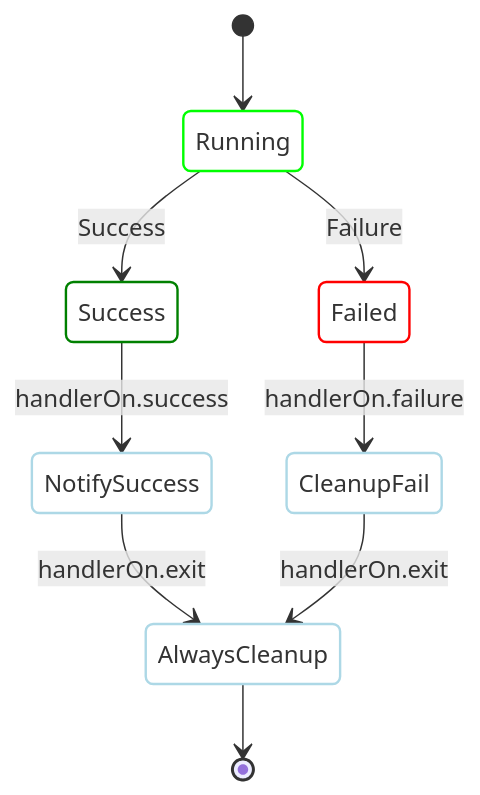
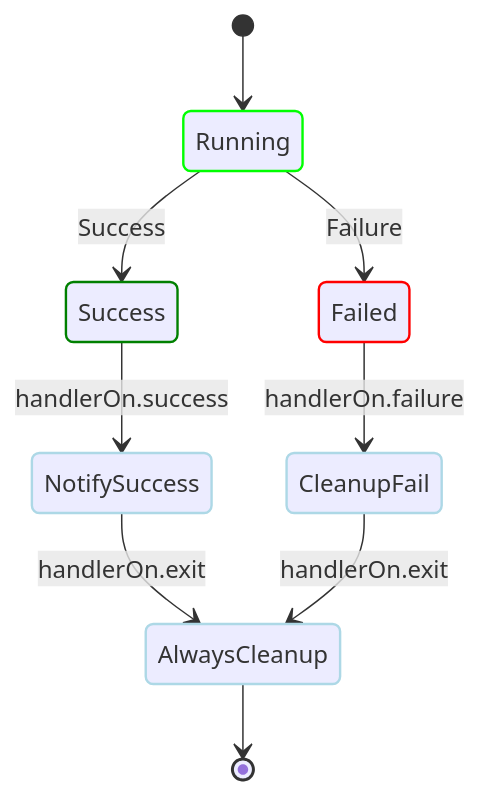
One commit to dagu-org/dagu changed the seventh of 8 diagrams in docs-next/writing-workflows/examples/index.md. Above: the diagram before and after it, drawn with Mermaid. The commit also changed other lines of this file and 8 other files, not shown here.

````diff
--- a/docs-next/writing-workflows/examples/index.md
+++ b/docs-next/writing-workflows/examples/index.md
@@ -384,21 +383,21 @@
 ```mermaid
 stateDiagram-v2
     [*] --> Running
     Running --> Success: Success
     Running --> Failed: Failure
     Success --> NotifySuccess: handlerOn.success
     Failed --> CleanupFail: handlerOn.failure
     NotifySuccess --> AlwaysCleanup: handlerOn.exit
     CleanupFail --> AlwaysCleanup: handlerOn.exit
     AlwaysCleanup --> [*]
     
-    classDef running fill:white,stroke:lime,stroke-width:1.6px,color:#333
-    classDef success fill:white,stroke:green,stroke-width:1.6px,color:#333
-    classDef failed fill:white,stroke:red,stroke-width:1.6px,color:#333
-    classDef handler fill:white,stroke:lightblue,stroke-width:1.6px,color:#333
+    classDef running stroke:lime,stroke-width:1.6px,color:#333
+    classDef success stroke:green,stroke-width:1.6px,color:#333
+    classDef failed stroke:red,stroke-width:1.6px,color:#333
+    classDef handler stroke:lightblue,stroke-width:1.6px,color:#333
     
     class Running running
     class Success success
     class Failed failed
     class NotifySuccess,CleanupFail,AlwaysCleanup handler
 ```
````
